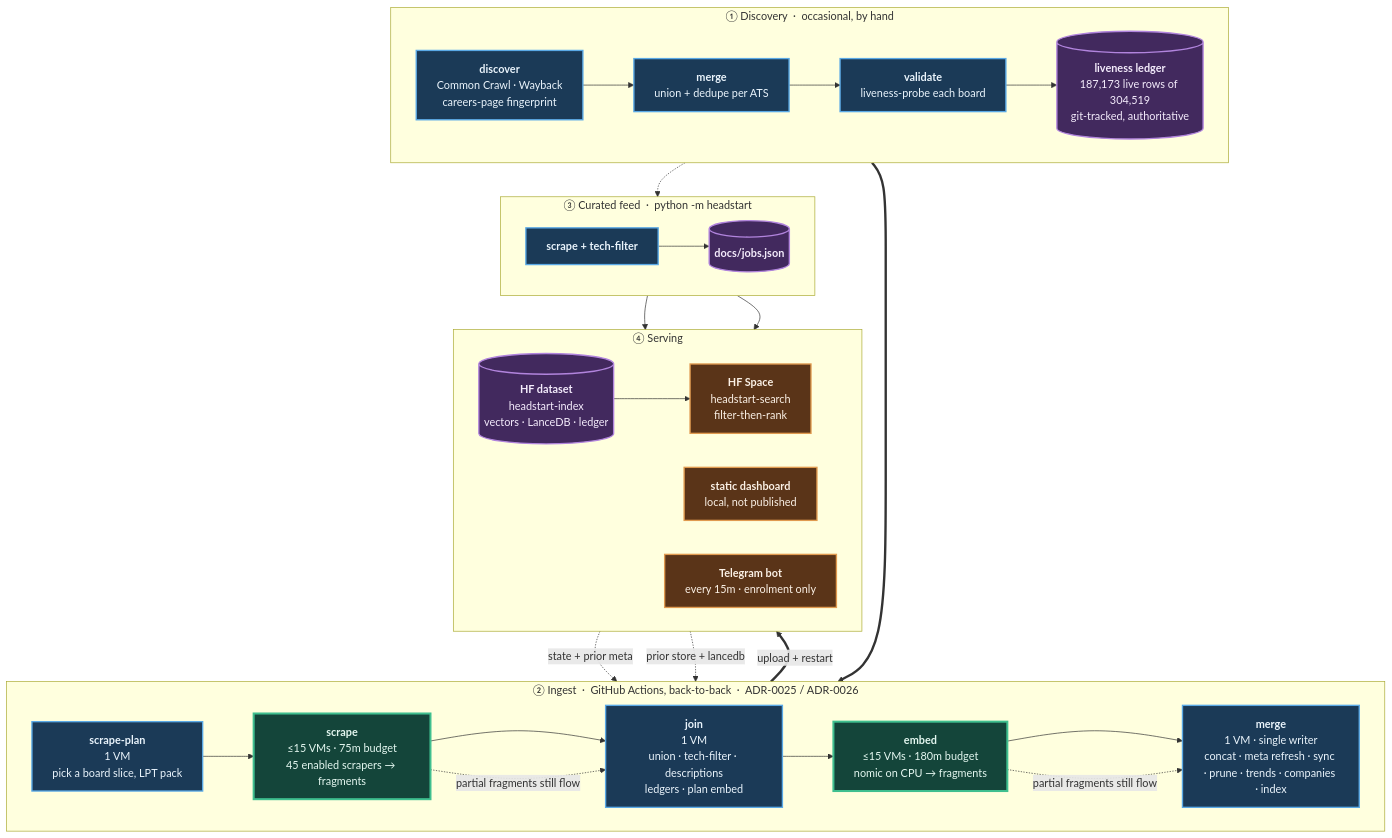
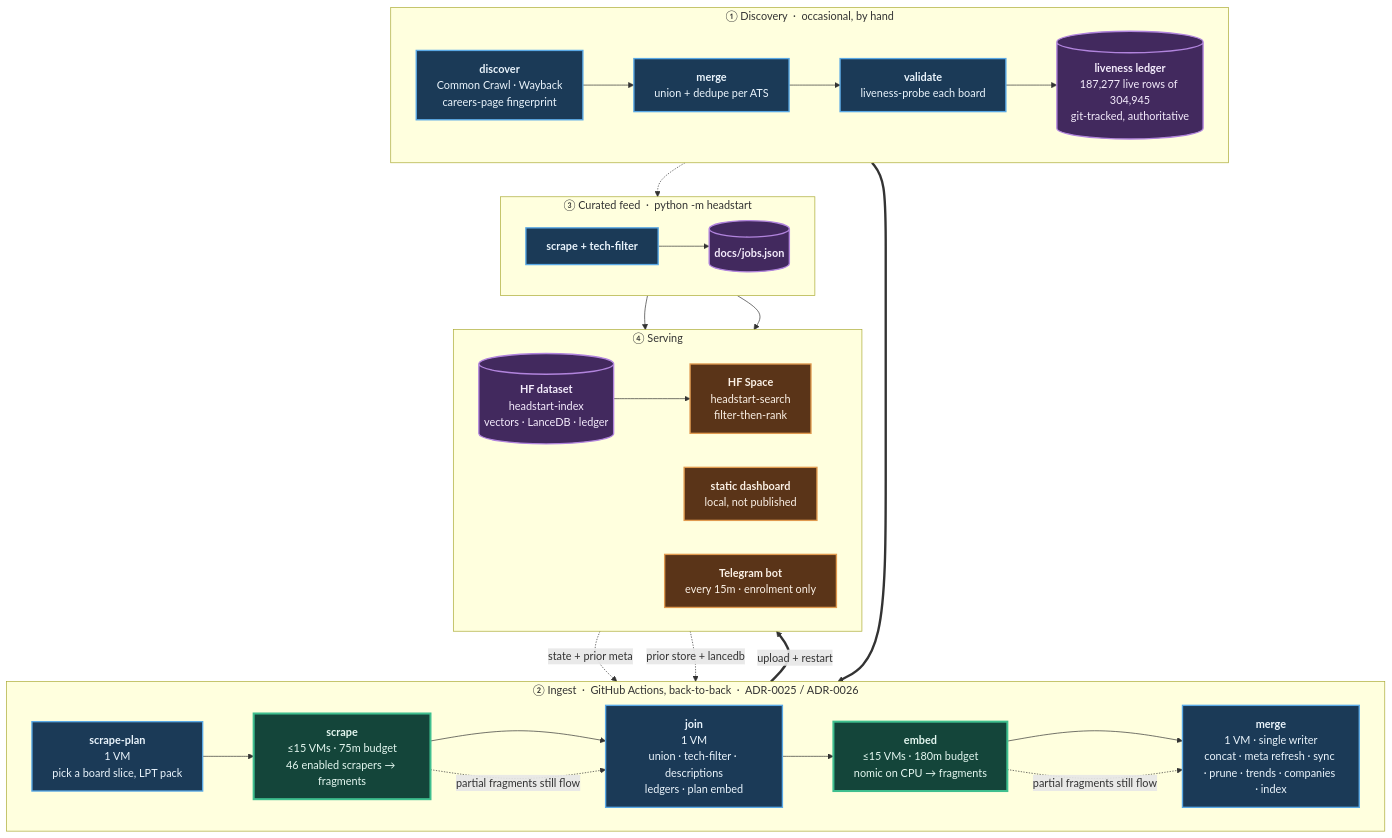
Before and after one commit to sarthakjain004/headstart: the diagram in README.md, drawn with Mermaid. The commit also changed other lines of this file and 19 other files, not shown here.

````diff
--- a/README.md
+++ b/README.md
@@ -180,56 +180,56 @@
 ```mermaid
 flowchart TB
     subgraph D["① Discovery &nbsp;·&nbsp; occasional, by hand"]
         direction LR
         D1["<b>discover</b><br/>Common Crawl · Wayback<br/>careers-page fingerprint"]
         D2["<b>merge</b><br/>union + dedupe per ATS"]
         D3["<b>validate</b><br/>liveness-probe each board"]
-        D4[("<b>liveness ledger</b><br/>187,173 live rows of 304,519<br/>git-tracked, authoritative")]
+        D4[("<b>liveness ledger</b><br/>187,277 live rows of 304,945<br/>git-tracked, authoritative")]
         D1 --> D2 --> D3 --> D4
     end
 
     subgraph P["② Ingest &nbsp;·&nbsp; GitHub Actions, back-to-back &nbsp;·&nbsp; ADR-0025 / ADR-0026"]
         direction LR
         P1["<b>scrape-plan</b><br/>1 VM<br/>pick a board slice, LPT pack"]
-        P2["<b>scrape</b><br/>≤15 VMs · 75m budget<br/>45 enabled scrapers → fragments"]
+        P2["<b>scrape</b><br/>≤15 VMs · 75m budget<br/>46 enabled scrapers → fragments"]
         P3["<b>join</b><br/>1 VM<br/>union · tech-filter · descriptions<br/>ledgers · plan embed"]
         P4["<b>embed</b><br/>≤15 VMs · 180m budget<br/>nomic on CPU → fragments"]
         P5["<b>merge</b><br/>1 VM · single writer<br/>concat · meta refresh · sync · prune · trends · companies · index"]
         P1 --> P2 --> P3 --> P4 --> P5
     end
 
     subgraph F["③ Curated feed &nbsp;·&nbsp; python -m headstart"]
         direction LR
         F1["<b>scrape + tech-filter</b>"]
         F2[("<b>docs/jobs.json</b>")]
         F1 --> F2
     end
 
     subgraph S["④ Serving"]
         direction LR
         S1[("<b>HF dataset</b><br/>headstart-index<br/>vectors · LanceDB · ledger")]
         S2["<b>HF Space</b><br/>headstart-search<br/>filter-then-rank"]
         S3["<b>static dashboard</b><br/>local, not published"]
         S4["<b>Telegram bot</b><br/>every 15m · enrolment only"]
         S1 --> S2
     end
 
     D4 ==> P1
     S1 -. "state + prior meta" .-> P1
     S1 -. "prior store + lancedb" .-> P5
     D4 -.-> F1
     P5 ==>|"upload + restart"| S1
     F2 --> S3
     F2 --> S4
     P2 -. "partial fragments still flow" .-> P3
     P4 -. "partial fragments still flow" .-> P5
 
     classDef serial fill:#1b3a57,stroke:#5aa9e6,stroke-width:2px,color:#eaf4fc
     classDef fan fill:#14453a,stroke:#3fbf8f,stroke-width:3px,color:#e4f7f0
     classDef store fill:#42295e,stroke:#b184dd,stroke-width:2px,color:#f4ecfc
     classDef serve fill:#5a3418,stroke:#e09a4f,stroke-width:2px,color:#fbf1e6
     class D1,D2,D3,P1,P3,P5,F1 serial
     class P2,P4 fan
     class D4,F2,S1 store
     class S2,S3,S4 serve
 ```
````
